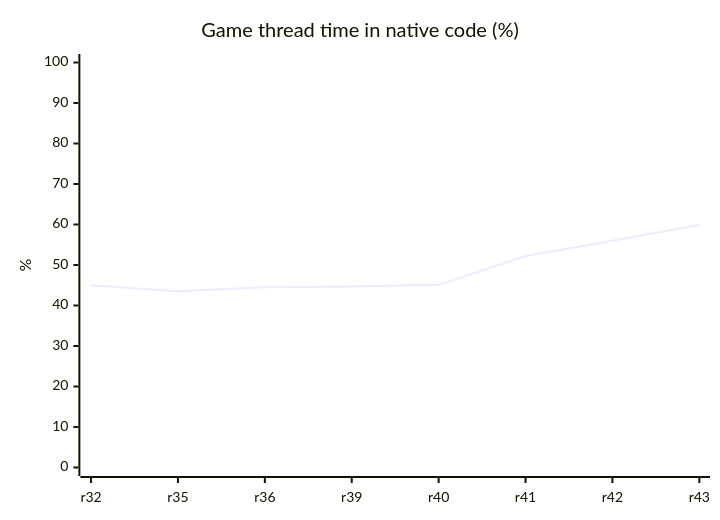
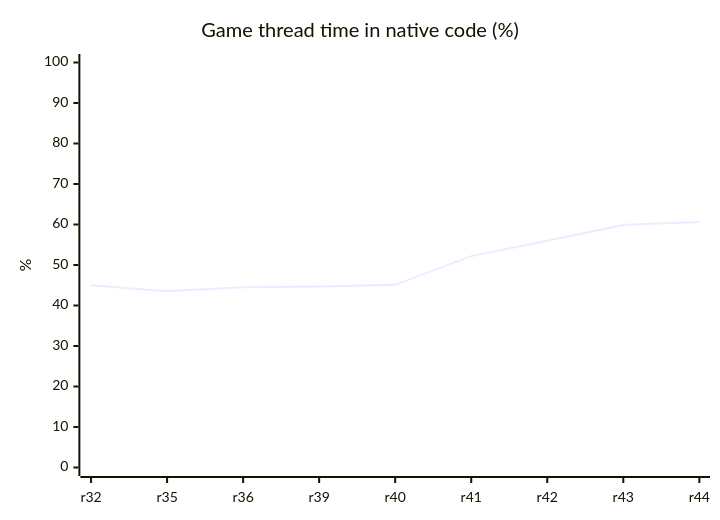
Before and after one commit to HenryKun55/celosia: the diagram in README.md, drawn with Mermaid. The commit also changed other lines of this file and 17 other files, not shown here.

````diff
--- a/README.md
+++ b/README.md
@@ -249,7 +250,7 @@
 ```mermaid
 xychart-beta
     title "Game thread time in native code (%)"
-    x-axis ["r32", "r35", "r36", "r39", "r40", "r41", "r42", "r43"]
+    x-axis ["r32", "r35", "r36", "r39", "r40", "r41", "r42", "r43", "r44"]
     y-axis "%" 0 --> 100
-    line [45.0, 43.5, 44.5, 44.7, 45.1, 52.2, 56.0, 59.9]
+    line [45.0, 43.5, 44.5, 44.7, 45.1, 52.2, 56.0, 59.9, 60.6]
 ```
````
